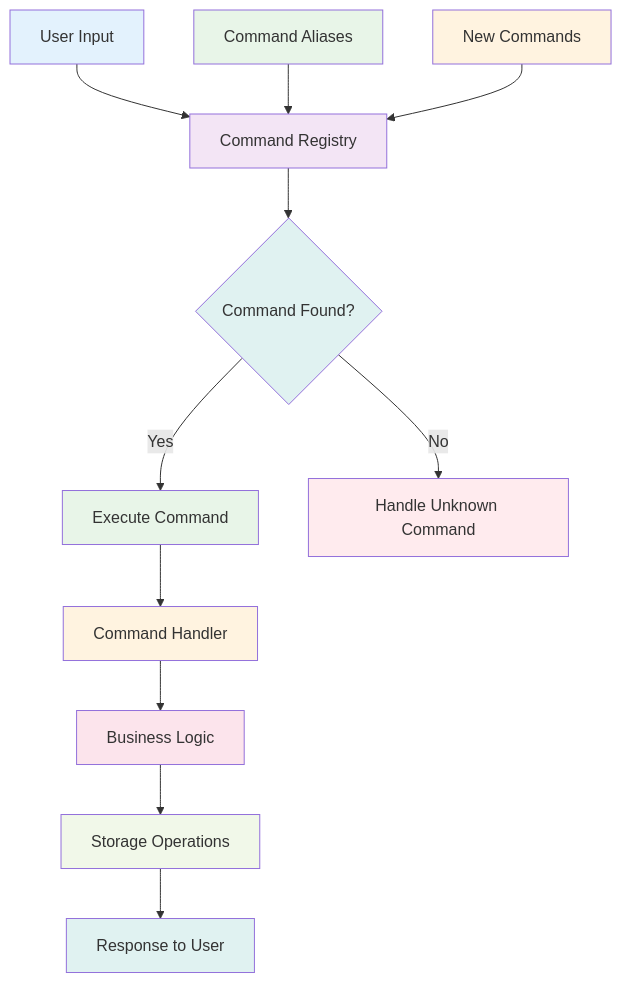
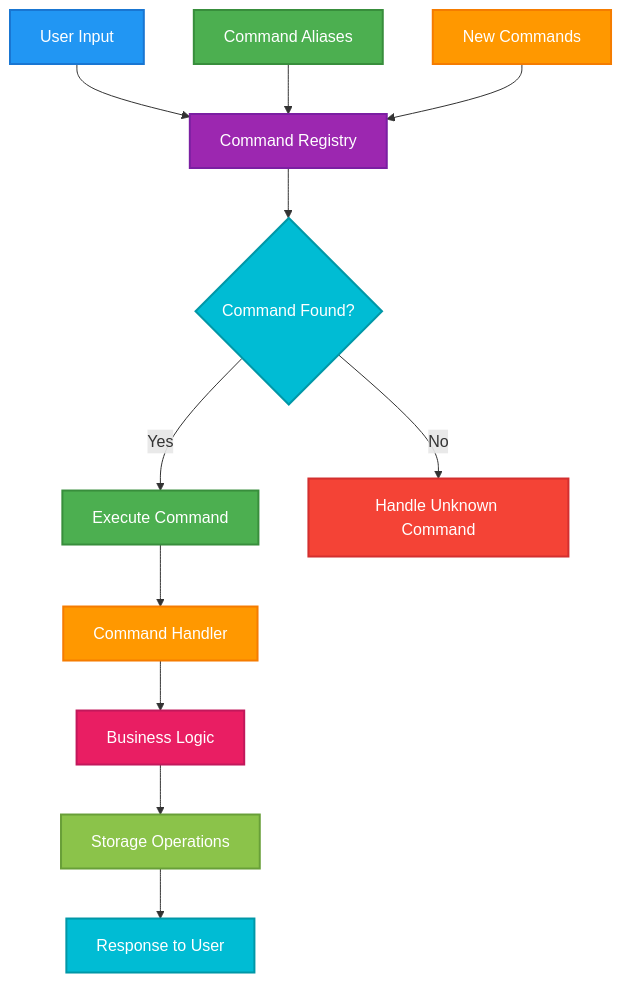
Before and after one commit to eannchen/leetsolv: the third of 8 diagrams in README.md, drawn with Mermaid. The commit also changed other lines of this file, not shown here.

Commit message:
docs: update README.md to improve flowchart styles with new color schemes for better visual clarity and consistency across sections

````diff
--- a/README.md
+++ b/README.md
@@ -151,28 +151,28 @@
 ```mermaid
 graph TD
     A[User Input] --> B[Command Registry]
     B --> C{Command Found?}
 
     C -->|Yes| D[Execute Command]
     C -->|No| E[Handle Unknown Command]
 
     D --> F[Command Handler]
     F --> G[Business Logic]
     G --> H[Storage Operations]
     H --> I[Response to User]
 
     J[Command Aliases] --> B
     K[New Commands] --> B
 
-    style A fill:#e3f2fd
-    style B fill:#f3e5f5
-    style C fill:#e0f2f1
-    style D fill:#e8f5e8
-    style E fill:#ffebee
-    style F fill:#fff3e0
-    style G fill:#fce4ec
-    style H fill:#f1f8e9
-    style I fill:#e0f2f1
-    style J fill:#e8f5e8
-    style K fill:#fff3e0
+    style A fill:#2196F3,stroke:#1976D2,stroke-width:2px,color:#ffffff
+    style B fill:#9C27B0,stroke:#7B1FA2,stroke-width:2px,color:#ffffff
+    style C fill:#00BCD4,stroke:#0097A7,stroke-width:2px,color:#ffffff
+    style D fill:#4CAF50,stroke:#388E3C,stroke-width:2px,color:#ffffff
+    style E fill:#F44336,stroke:#D32F2F,stroke-width:2px,color:#ffffff
+    style F fill:#FF9800,stroke:#F57C00,stroke-width:2px,color:#ffffff
+    style G fill:#E91E63,stroke:#C2185B,stroke-width:2px,color:#ffffff
+    style H fill:#8BC34A,stroke:#689F38,stroke-width:2px,color:#ffffff
+    style I fill:#00BCD4,stroke:#0097A7,stroke-width:2px,color:#ffffff
+    style J fill:#4CAF50,stroke:#388E3C,stroke-width:2px,color:#ffffff
+    style K fill:#FF9800,stroke:#F57C00,stroke-width:2px,color:#ffffff
 ```
````
